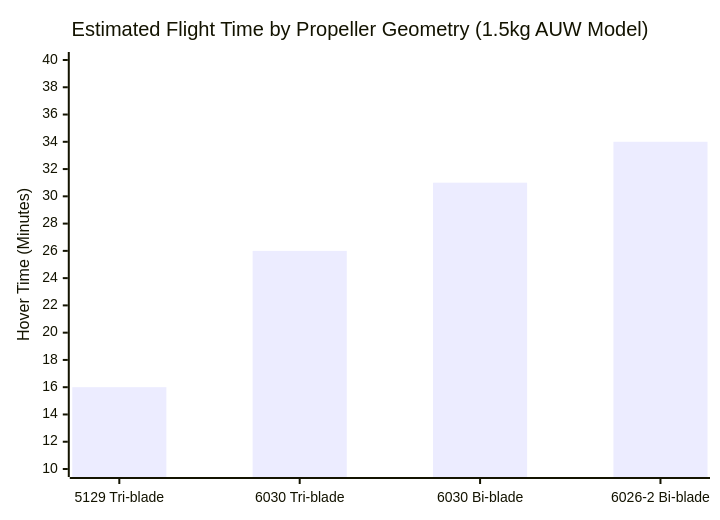
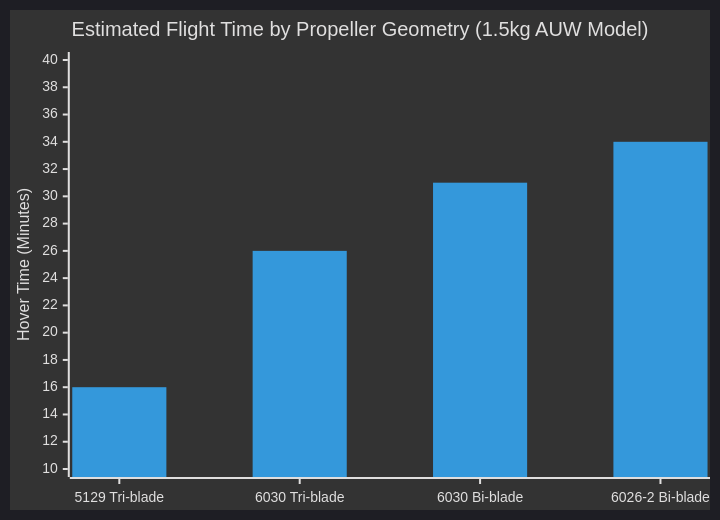
One commit to ironLegion88/Autonomous-UAV changed the first of 4 diagrams in docs/Trade_Studies/01_Propulsion_and_Endurance.md. Above: the diagram before and after it, drawn with Mermaid. The commit also changed other lines of this file and 10 other files, not shown here.

Commit message:
docs: Improve Mermaid theming contrast

````diff
--- a/docs/Trade_Studies/01_Propulsion_and_Endurance.md
+++ b/docs/Trade_Studies/01_Propulsion_and_Endurance.md
@@ -34,7 +34,8 @@
 ```mermaid
+%%{init: {'theme': 'dark', 'themeVariables': {'fontSize': '16px', 'fontFamily': 'Arial'}, 'primaryColor': '#1e1e1e', 'primaryTextColor': '#ffffff', 'primaryBorderColor': '#4a9eff', 'lineColor': '#4a9eff', 'tertiaryColor': '#2d2d2d'}}%%
 xychart-beta
     title "Estimated Flight Time by Propeller Geometry (1.5kg AUW Model)"
     x-axis ["5129 Tri-blade", "6030 Tri-blade", "6030 Bi-blade", "6026-2 Bi-blade"]
     y-axis "Hover Time (Minutes)" 10 --> 40
     bar [16, 26, 31, 34]
 ```
````
